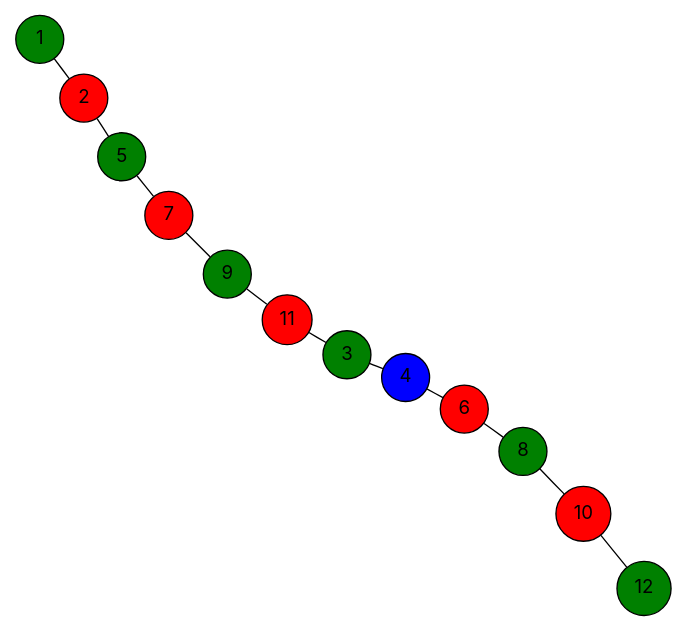
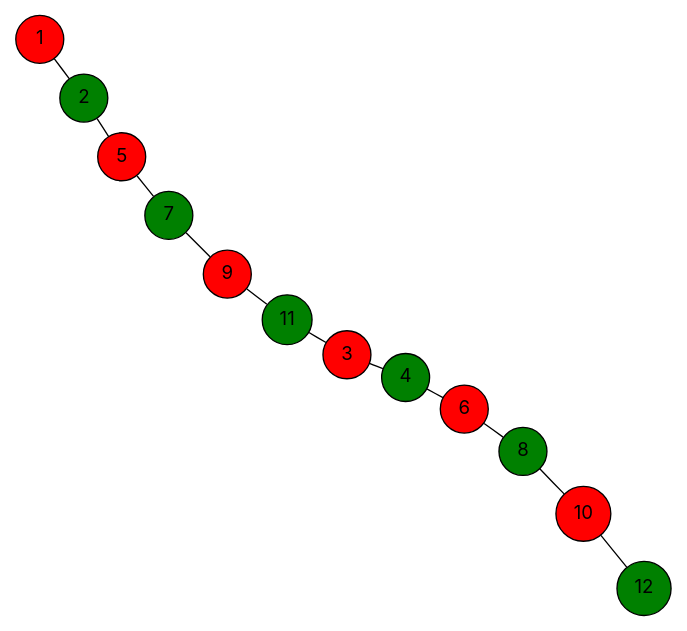
Before and after one commit to vercah/vertex-coloring: the diagram in data/final-dots/easy-06-parallel.dot, drawn with Graphviz. The commit also changed 109 other files, not shown here.

```diff
--- a/data/final-dots/easy-06-parallel.dot
+++ b/data/final-dots/easy-06-parallel.dot
@@ -1,29 +1,29 @@
 graph G {
   layout=neato;
   overlap=false;
   splines=true;
   node [shape=circle, style=filled, fontname=Inter];
-  1 [label="1", fillcolor="green", tooltip="v1 color 1"];
-  2 [label="2", fillcolor="red", tooltip="v2 color 0"];
-  3 [label="3", fillcolor="green", tooltip="v3 color 1"];
-  4 [label="4", fillcolor="blue", tooltip="v4 color 2"];
-  5 [label="5", fillcolor="green", tooltip="v5 color 1"];
+  1 [label="1", fillcolor="red", tooltip="v1 color 0"];
+  2 [label="2", fillcolor="green", tooltip="v2 color 1"];
+  3 [label="3", fillcolor="red", tooltip="v3 color 0"];
+  4 [label="4", fillcolor="green", tooltip="v4 color 1"];
+  5 [label="5", fillcolor="red", tooltip="v5 color 0"];
   6 [label="6", fillcolor="red", tooltip="v6 color 0"];
-  7 [label="7", fillcolor="red", tooltip="v7 color 0"];
+  7 [label="7", fillcolor="green", tooltip="v7 color 1"];
   8 [label="8", fillcolor="green", tooltip="v8 color 1"];
-  9 [label="9", fillcolor="green", tooltip="v9 color 1"];
+  9 [label="9", fillcolor="red", tooltip="v9 color 0"];
   10 [label="10", fillcolor="red", tooltip="v10 color 0"];
-  11 [label="11", fillcolor="red", tooltip="v11 color 0"];
+  11 [label="11", fillcolor="green", tooltip="v11 color 1"];
   12 [label="12", fillcolor="green", tooltip="v12 color 1"];
   1 -- 2;
   2 -- 5;
   3 -- 4;
   3 -- 11;
   4 -- 6;
   5 -- 7;
   6 -- 8;
   7 -- 9;
   8 -- 10;
   9 -- 11;
   10 -- 12;
 }
```
